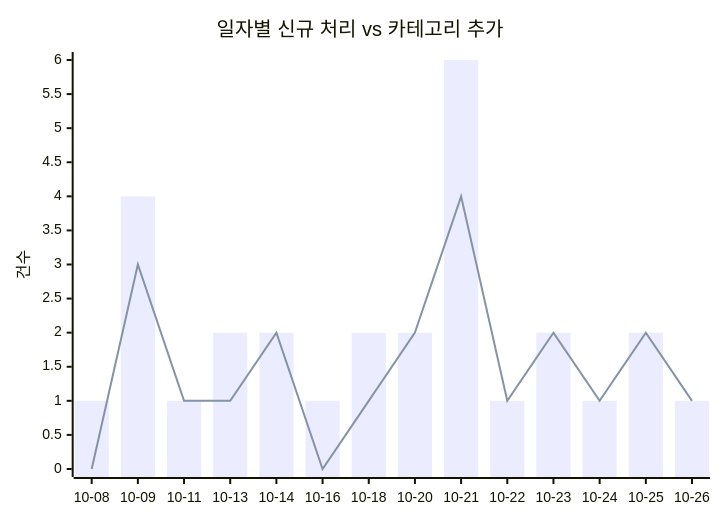
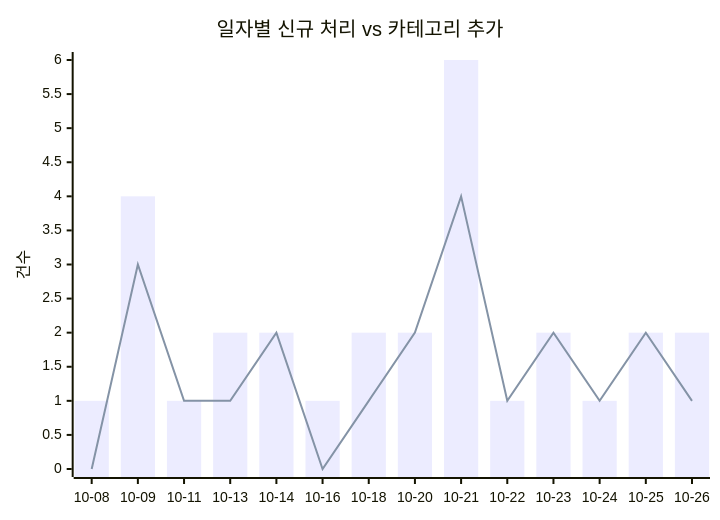
One commit to J-nowcow/awesome-korean-agent-skills changed the first of 2 diagrams in docs/trends.md. Above: the diagram before and after it, drawn with Mermaid. The commit also changed other lines of this file and 2 other files, not shown here.

````diff
--- a/docs/trends.md
+++ b/docs/trends.md
@@ -32,8 +32,8 @@
 ```mermaid
 xychart-beta
     title "일자별 신규 처리 vs 카테고리 추가"
     x-axis ["10-08","10-09","10-11","10-13","10-14","10-16","10-18","10-20","10-21","10-22","10-23","10-24","10-25","10-26"]
     y-axis "건수"
-    bar [1,4,1,2,2,1,2,2,6,1,2,1,2,1]
+    bar [1,4,1,2,2,1,2,2,6,1,2,1,2,2]
     line [0,3,1,1,2,0,1,2,4,1,2,1,2,1]
 ```
````
